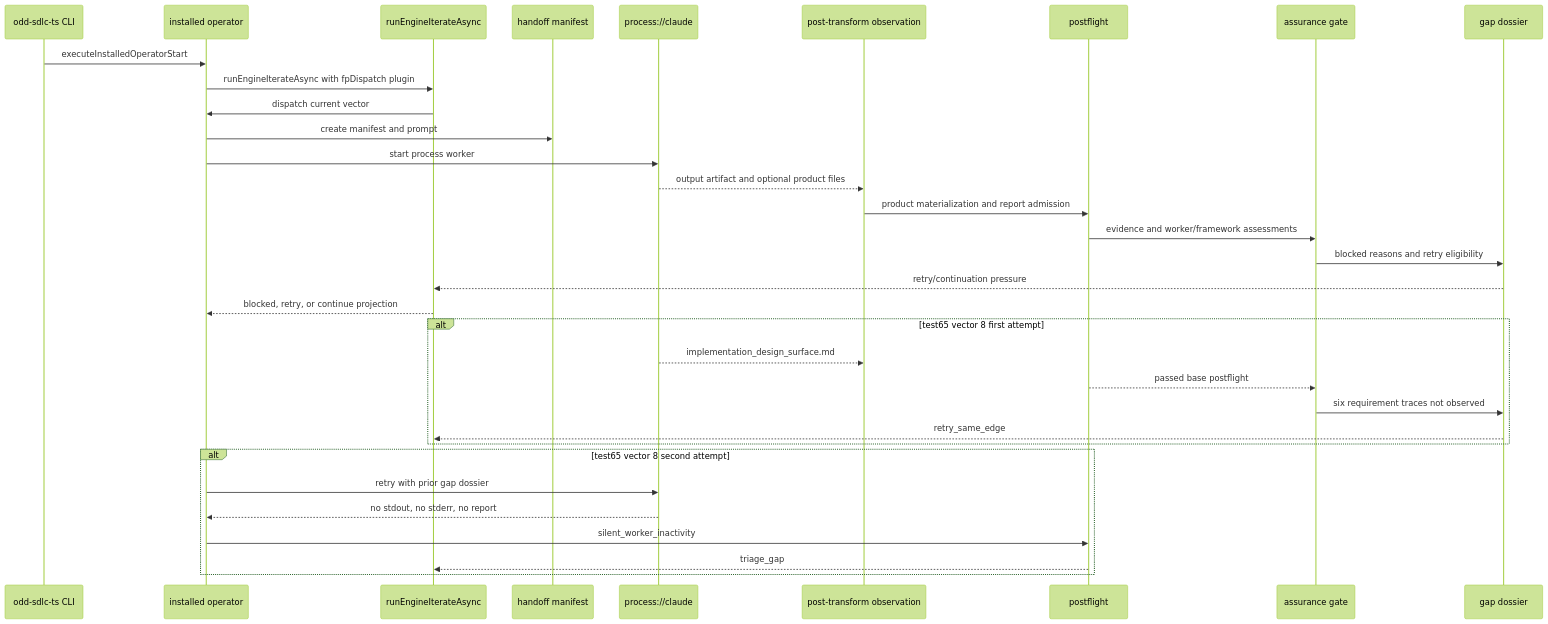
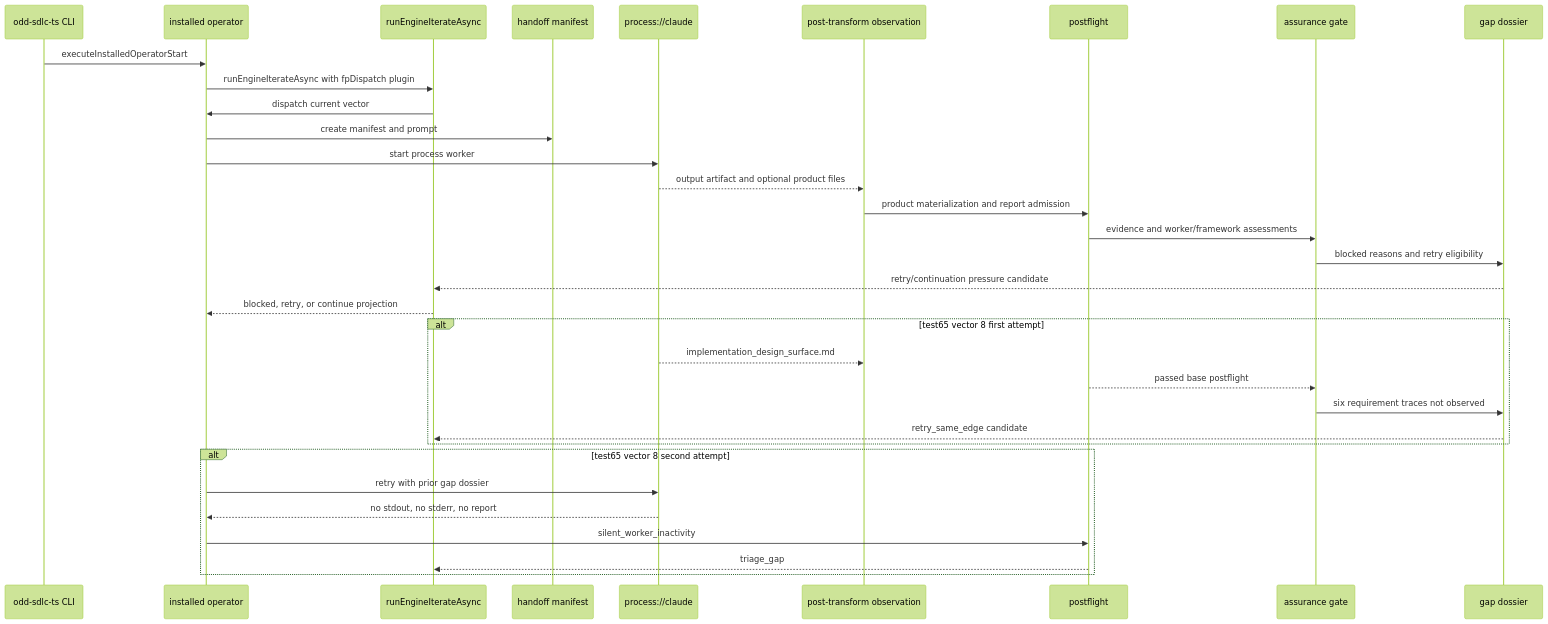
One commit to foolishimp/odd_sdlc changed the fourth of 6 diagrams in build_tenants/typescript/design/ODD_SDLC_TYPESCRIPT_TRAVERSAL_LEDGER_SOLUTION.md. Above: the diagram before and after it, drawn with Mermaid (forest theme). The commit also changed other lines of this file and 27 other files, not shown here.

````diff
--- a/build_tenants/typescript/design/ODD_SDLC_TYPESCRIPT_TRAVERSAL_LEDGER_SOLUTION.md
+++ b/build_tenants/typescript/design/ODD_SDLC_TYPESCRIPT_TRAVERSAL_LEDGER_SOLUTION.md
@@ -431,38 +489,38 @@
 ```mermaid
 sequenceDiagram
   participant CLI as odd-sdlc-ts CLI
   participant Operator as installed operator
   participant ABG as runEngineIterateAsync
   participant Handoff as handoff manifest
   participant Worker as process://claude
   participant Observe as post-transform observation
   participant Postflight as postflight
   participant Assurance as assurance gate
   participant Gap as gap dossier
 
   CLI->>Operator: executeInstalledOperatorStart
   Operator->>ABG: runEngineIterateAsync with fpDispatch plugin
   ABG->>Operator: dispatch current vector
   Operator->>Handoff: create manifest and prompt
   Operator->>Worker: start process worker
   Worker-->>Observe: output artifact and optional product files
   Observe->>Postflight: product materialization and report admission
   Postflight->>Assurance: evidence and worker/framework assessments
   Assurance->>Gap: blocked reasons and retry eligibility
-  Gap-->>ABG: retry/continuation pressure
+  Gap-->>ABG: retry/continuation pressure candidate
   ABG-->>Operator: blocked, retry, or continue projection
 
   alt test65 vector 8 first attempt
     Worker-->>Observe: implementation_design_surface.md
     Postflight-->>Assurance: passed base postflight
     Assurance->>Gap: six requirement traces not observed
-    Gap-->>ABG: retry_same_edge
+    Gap-->>ABG: retry_same_edge candidate
   end
 
   alt test65 vector 8 second attempt
     Operator->>Worker: retry with prior gap dossier
     Worker-->>Operator: no stdout, no stderr, no report
     Operator->>Postflight: silent_worker_inactivity
     Postflight-->>ABG: triage_gap
   end
 ```
````
